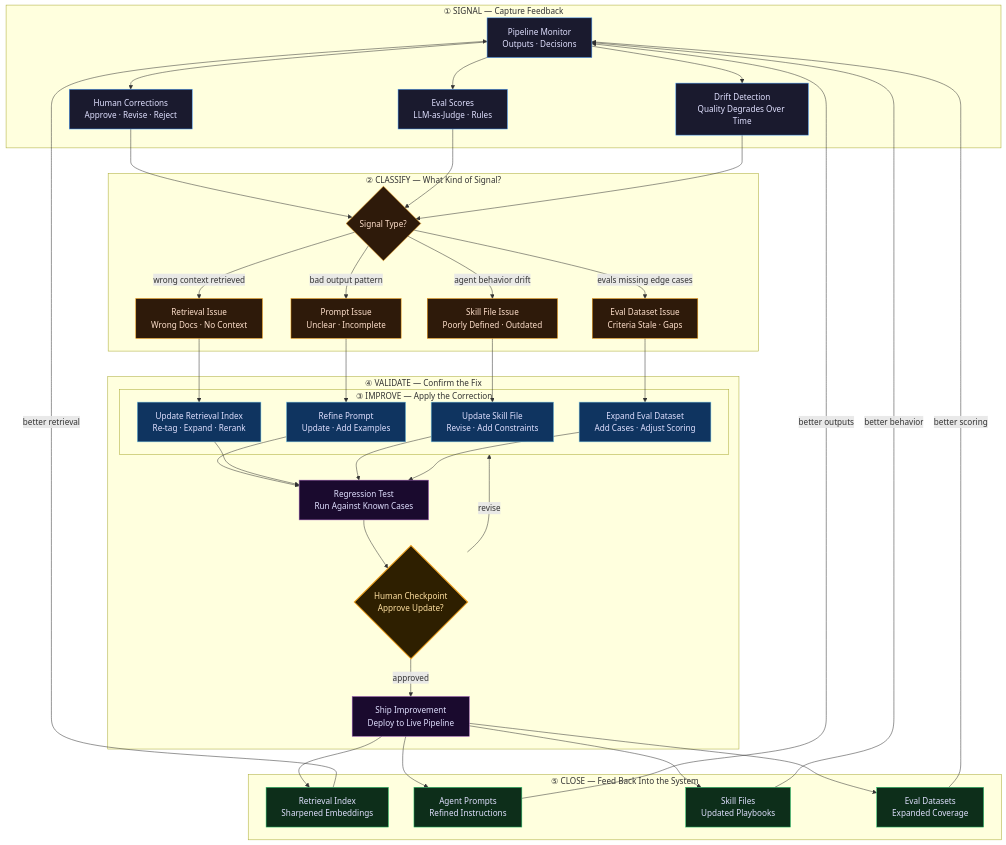
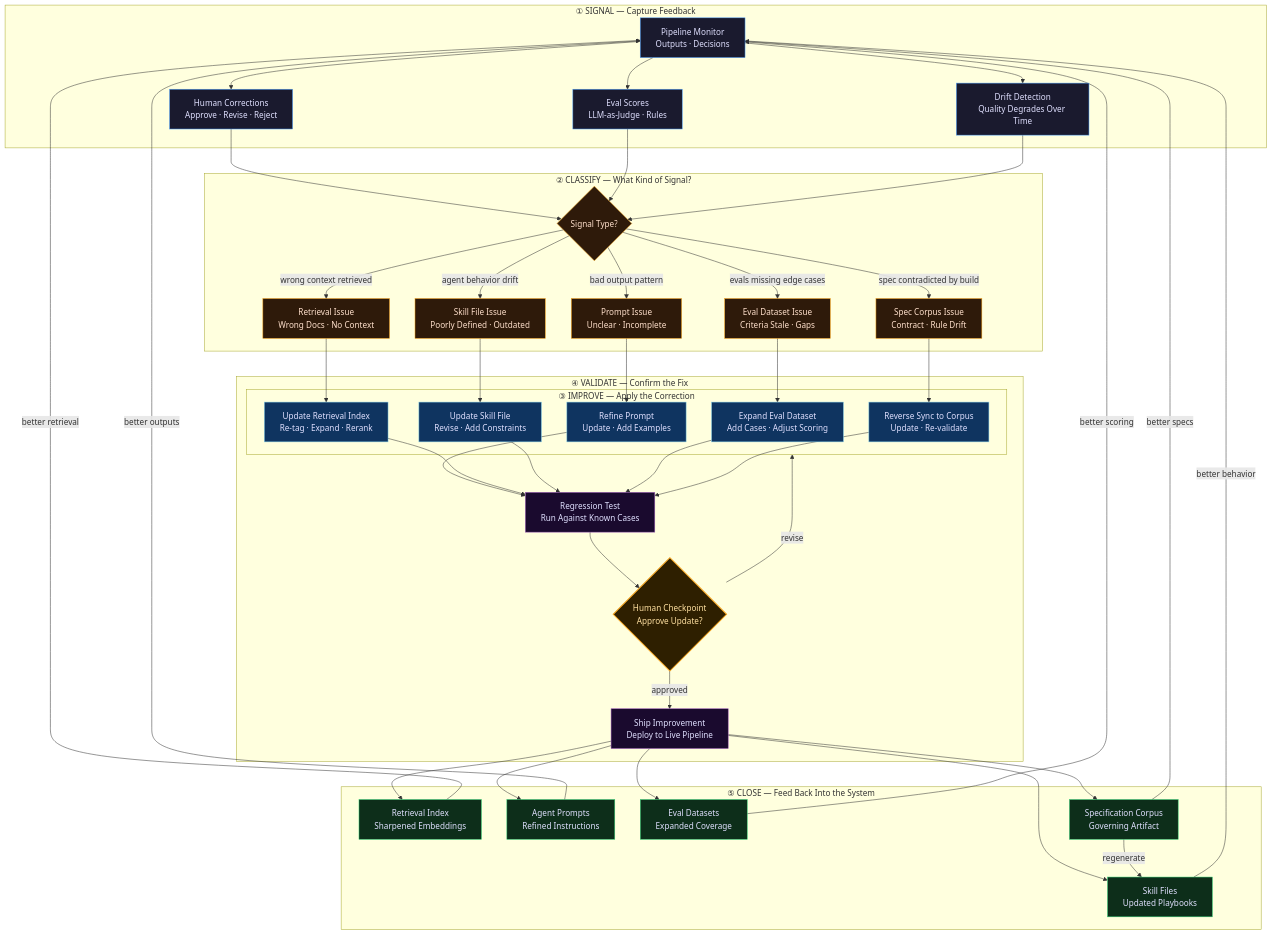
Diagram 11 of 11 in README.md (bryancalabro/bryancalabro), drawn with Mermaid before and after one commit. The commit also changed other lines of this file, not shown here.

Commit message:
minor edit to graph

````diff
--- a/README.md
+++ b/README.md
@@ -721,10 +726,12 @@
         RETRIEVE["Retrieval Issue<br/>Wrong Docs · No Context"]
         SKILL["Skill File Issue<br/>Poorly Defined · Outdated"]
         EVALDS["Eval Dataset Issue<br/>Criteria Stale · Gaps"]
+        SPEC["Spec Corpus Issue<br/>Contract · Rule Drift"]
         RTR -->|bad output pattern| PROMPT
         RTR -->|wrong context retrieved| RETRIEVE
         RTR -->|agent behavior drift| SKILL
         RTR -->|evals missing edge cases| EVALDS
+        RTR -->|spec contradicted by build| SPEC
     end
 
     subgraph IMPROVE["③ IMPROVE — Apply the Correction"]
@@ -732,10 +739,12 @@
         UP2["Update Retrieval Index<br/>Re-tag · Expand · Rerank"]
         UP3["Update Skill File<br/>Revise · Add Constraints"]
         UP4["Expand Eval Dataset<br/>Add Cases · Adjust Scoring"]
+        UP5["Reverse Sync to Corpus<br/>Update · Re-validate"]
         PROMPT --> UP1
         RETRIEVE --> UP2
         SKILL --> UP3
         EVALDS --> UP4
+        SPEC --> UP5
     end
 
     subgraph VALIDATE["④ VALIDATE — Confirm the Fix"]
@@ -746,6 +755,7 @@
         UP2 --> TEST
         UP3 --> TEST
         UP4 --> TEST
+        UP5 --> TEST
         TEST --> HC
         HC -->|revise| IMPROVE
         HC -->|approved| SHIP
@@ -756,14 +766,18 @@
         PROMPTS["Agent Prompts<br/>Refined Instructions"]
         SKILLS["Skill Files<br/>Updated Playbooks"]
         EVALS["Eval Datasets<br/>Expanded Coverage"]
+        SPECS["Specification Corpus<br/>Governing Artifact"]
         SHIP --> IDX
         SHIP --> PROMPTS
         SHIP --> SKILLS
         SHIP --> EVALS
+        SHIP --> SPECS
         IDX -->|better retrieval| MON
         PROMPTS -->|better outputs| MON
         SKILLS -->|better behavior| MON
         EVALS -->|better scoring| MON
+        SPECS -->|regenerate| SKILLS
+        SPECS -->|better specs| MON
     end
 
     classDef signalStyle fill:#1a1a2e,stroke:#4a9eff,color:#e0e0ff
@@ -774,9 +788,9 @@
     classDef humanStyle fill:#2e1f00,stroke:#f5a623,color:#ffe0a0,stroke-width:2px
 
     class MON,HF,EVAL,DRIFT signalStyle
-    class RTR,PROMPT,RETRIEVE,SKILL,EVALDS classifyStyle
-    class UP1,UP2,UP3,UP4 improveStyle
+    class RTR,PROMPT,RETRIEVE,SKILL,EVALDS,SPEC classifyStyle
+    class UP1,UP2,UP3,UP4,UP5 improveStyle
     class TEST,SHIP validateStyle
-    class IDX,PROMPTS,SKILLS,EVALS closeStyle
+    class IDX,PROMPTS,SKILLS,EVALS,SPECS closeStyle
     class HC humanStyle
 ```
````
